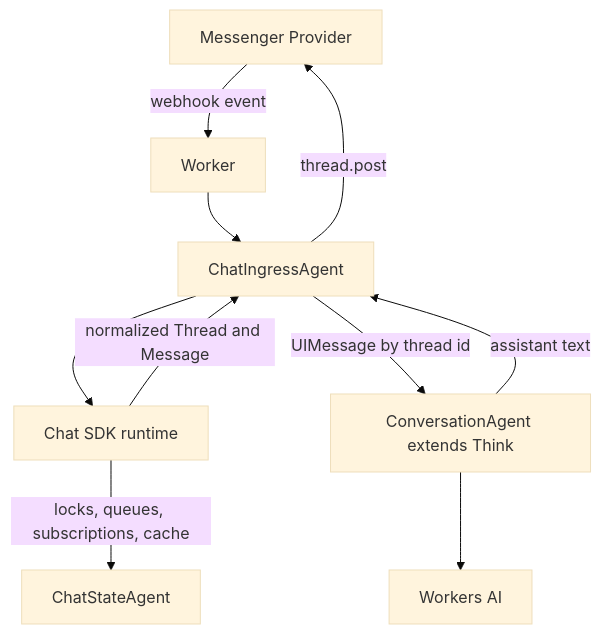
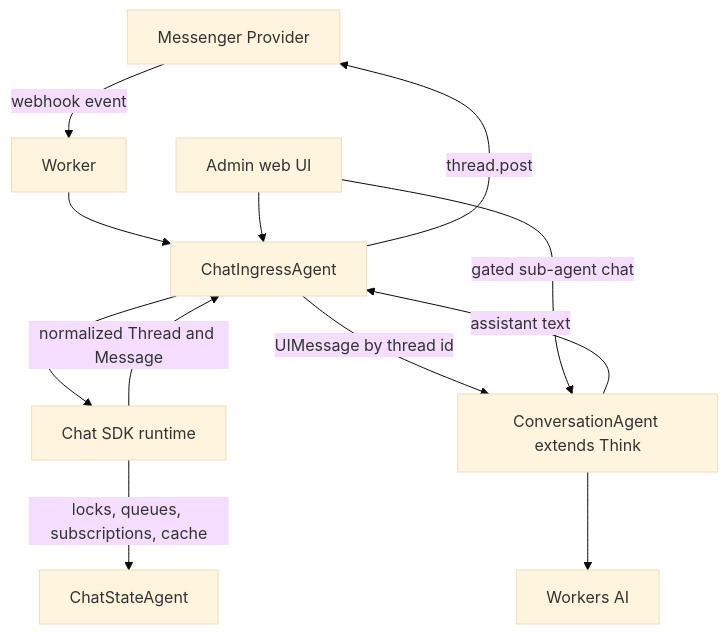
The diagram in examples/chat-sdk-messenger/README.md (cloudflare/agents), drawn with Mermaid (base theme) before and after one commit. The commit also changed other lines of this file and 34 other files, not shown here.

First line of the commit message:
Expand chat SDK messenger admin and delivery flows

````diff
--- a/examples/chat-sdk-messenger/README.md
+++ b/examples/chat-sdk-messenger/README.md
@@ -104,12 +113,14 @@
 ```mermaid
 flowchart TB
   Messenger[Messenger Provider] -->|"webhook event"| Worker[Worker]
   Worker --> ChatIngressAgent[ChatIngressAgent]
   ChatIngressAgent --> ChatSdk["Chat SDK runtime"]
   ChatSdk -->|"locks, queues, subscriptions, cache"| ChatStateAgent[ChatStateAgent]
   ChatSdk -->|"normalized Thread and Message"| ChatIngressAgent
   ChatIngressAgent -->|"UIMessage by thread id"| ConversationAgent[ConversationAgent extends Think]
   ConversationAgent --> WorkersAI[Workers AI]
   ConversationAgent -->|"assistant text"| ChatIngressAgent
   ChatIngressAgent -->|"thread.post"| Messenger
+  AdminUI["Admin web UI"] --> ChatIngressAgent
+  AdminUI -->|"gated sub-agent chat"| ConversationAgent
 ```
````
